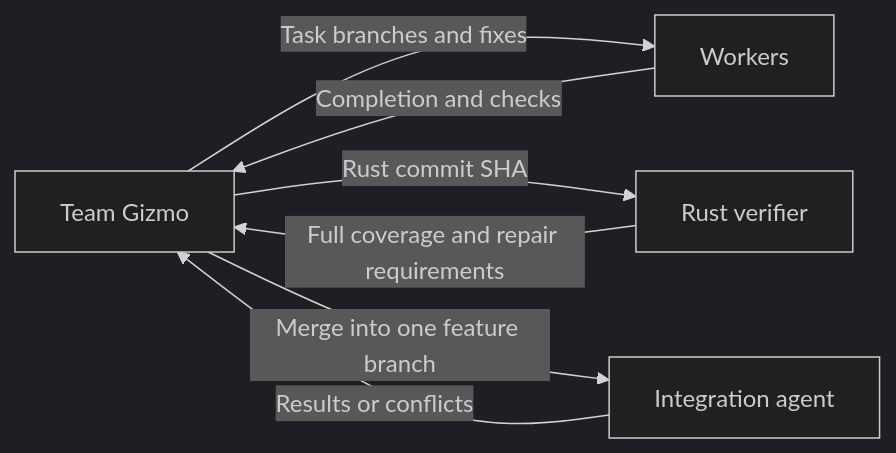
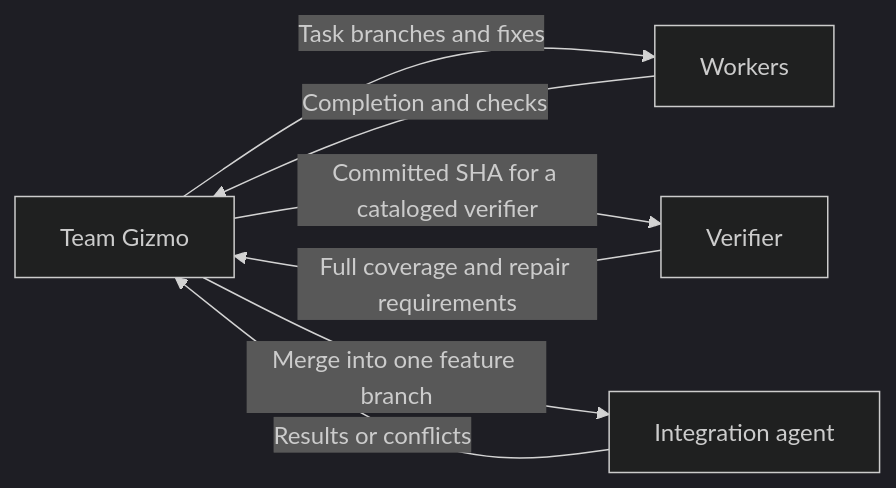
Before and after one commit to ai-ai-ai-ai-ai-ai-ai/meta-cortex: the diagram in cortex/teams/gizmo-team/agents/gizmo/AGENTS.md, drawn with Mermaid (dark theme). The commit also changed other lines of this file and 13 other files, not shown here.

````diff
--- a/cortex/teams/gizmo-team/agents/gizmo/AGENTS.md
+++ b/cortex/teams/gizmo-team/agents/gizmo/AGENTS.md
@@ -81,9 +81,9 @@
 ```mermaid
 flowchart LR
     G[Team Gizmo] -->|Task branches and fixes| W[Workers]
     W -->|Completion and checks| G
-    G -->|Rust commit SHA| V[Rust verifier]
+    G -->|Committed SHA for a cataloged verifier| V[Verifier]
     V -->|Full coverage and repair requirements| G
     G -->|Merge into one feature branch| I[Integration agent]
     I -->|Results or conflicts| G
 ```
````
